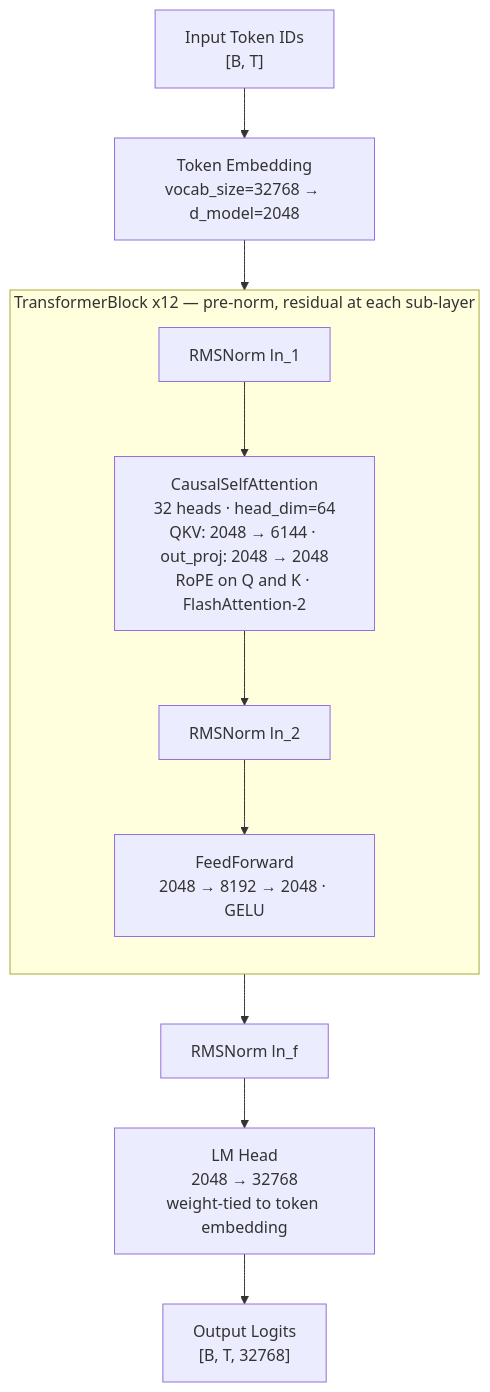
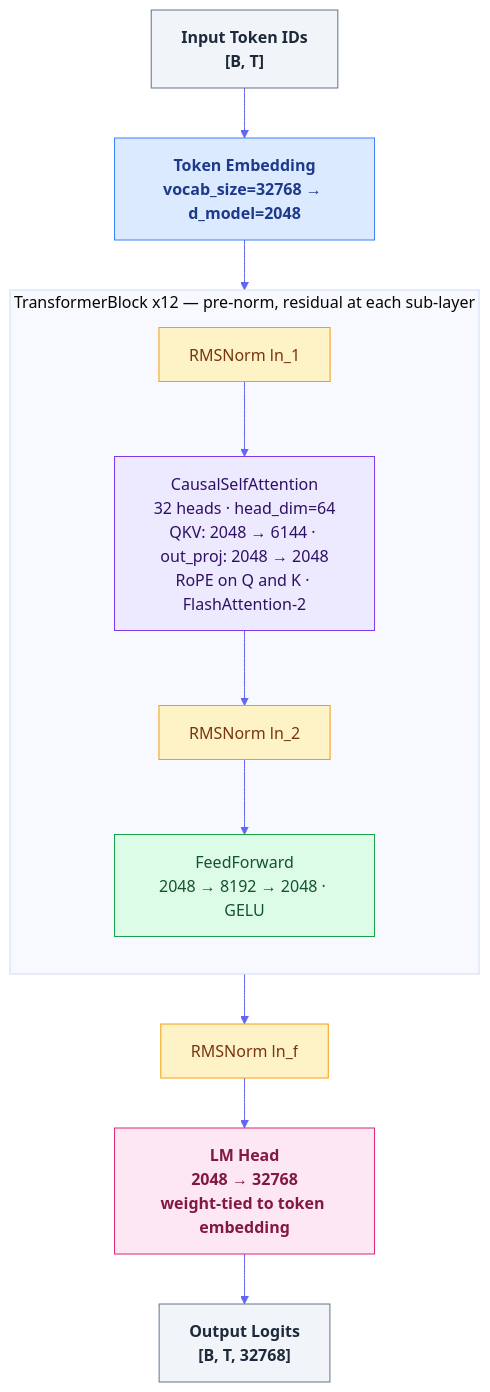
One commit to objones25/llm-training changed the diagram in README.md. Above: the diagram before and after it, drawn with Mermaid.

Commit message:
docs: style architecture diagram with color-coded component classes

````diff
--- a/README.md
+++ b/README.md
@@ -13,21 +13,29 @@
 ```mermaid
+%%{init: {'theme': 'base', 'themeVariables': {'lineColor': '#6366f1', 'edgeLabelBackground': '#ffffff'}}}%%
 flowchart TB
-    IN["Input Token IDs<br/>[B, T]"]
-    EMBED["Token Embedding<br/>vocab_size=32768 → d_model=2048"]
+    classDef io    fill:#f1f5f9,stroke:#64748b,color:#1e293b,font-weight:bold
+    classDef embed fill:#dbeafe,stroke:#3b82f6,color:#1e3a8a,font-weight:bold
+    classDef norm  fill:#fef3c7,stroke:#f59e0b,color:#78350f
+    classDef attn  fill:#ede9fe,stroke:#7c3aed,color:#2e1065
+    classDef ff    fill:#dcfce7,stroke:#16a34a,color:#14532d
+    classDef head  fill:#fce7f3,stroke:#db2777,color:#831843,font-weight:bold
+
+    IN["Input Token IDs<br/>[B, T]"]:::io
+    EMBED["Token Embedding<br/>vocab_size=32768 → d_model=2048"]:::embed
 
     IN --> EMBED
 
     subgraph BLOCK["TransformerBlock x12 — pre-norm, residual at each sub-layer"]
         direction TB
-        LN1["RMSNorm  ln_1"]
-        ATTN["CausalSelfAttention<br/>32 heads · head_dim=64<br/>QKV: 2048 → 6144 · out_proj: 2048 → 2048<br/>RoPE on Q and K · FlashAttention-2"]
-        LN2["RMSNorm  ln_2"]
-        FF["FeedForward<br/>2048 → 8192 → 2048 · GELU"]
+        LN1["RMSNorm  ln_1"]:::norm
+        ATTN["CausalSelfAttention<br/>32 heads · head_dim=64<br/>QKV: 2048 → 6144 · out_proj: 2048 → 2048<br/>RoPE on Q and K · FlashAttention-2"]:::attn
+        LN2["RMSNorm  ln_2"]:::norm
+        FF["FeedForward<br/>2048 → 8192 → 2048 · GELU"]:::ff
         LN1 --> ATTN --> LN2 --> FF
     end
 
     EMBED --> BLOCK
-    BLOCK --> LNF["RMSNorm  ln_f"]
-    LNF --> LMH["LM Head<br/>2048 → 32768<br/>weight-tied to token embedding"]
-    LMH --> OUT["Output Logits<br/>[B, T, 32768]"]
+    BLOCK --> LNF["RMSNorm  ln_f"]:::norm
+    LNF --> LMH["LM Head<br/>2048 → 32768<br/>weight-tied to token embedding"]:::head
+    LMH --> OUT["Output Logits<br/>[B, T, 32768]"]:::io
 ```
````
